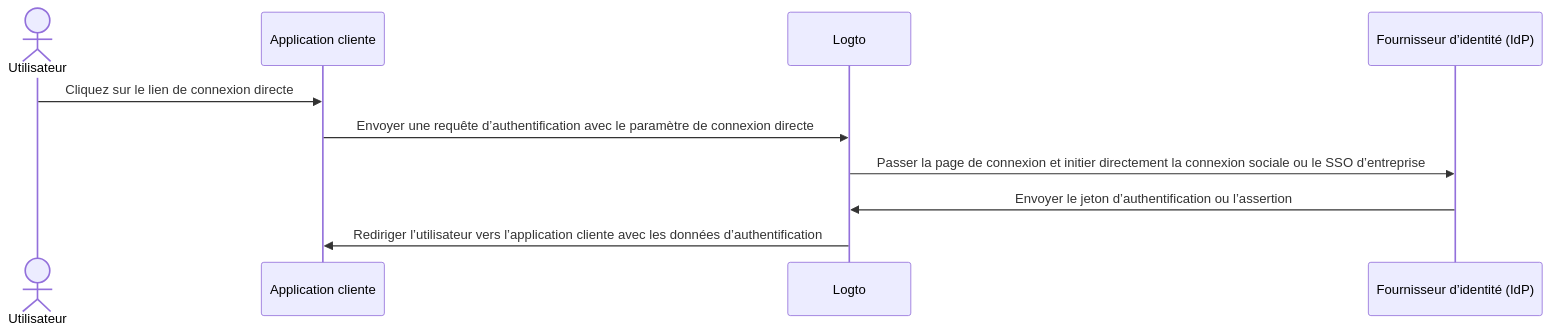
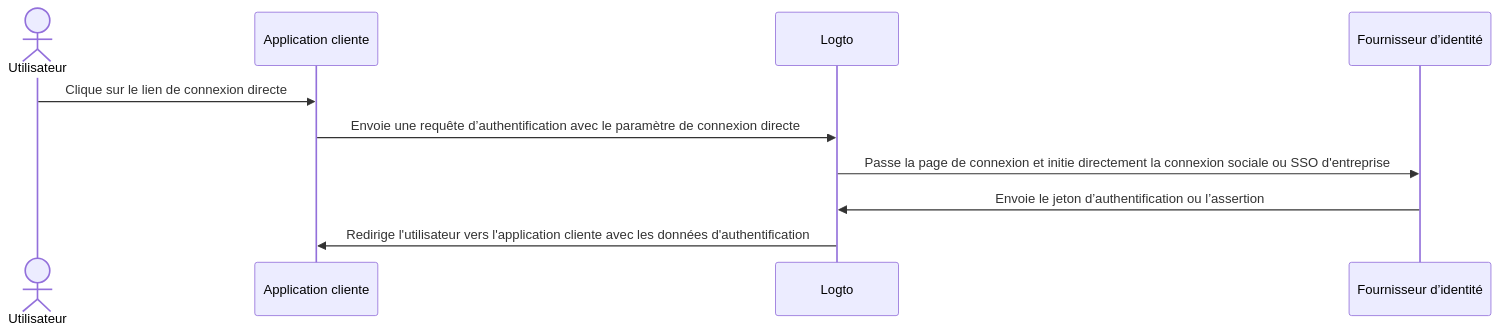
One commit to logto-io/docs changed the diagram in i18n/fr/docusaurus-plugin-content-docs/current/end-user-flows/authentication-parameters/direct-sign-in.mdx. Above: the diagram before and after it, drawn with Mermaid. The commit also changed other lines of this file and 428 other files, not shown here.

````diff
--- a/i18n/fr/docusaurus-plugin-content-docs/current/end-user-flows/authentication-parameters/direct-sign-in.mdx
+++ b/i18n/fr/docusaurus-plugin-content-docs/current/end-user-flows/authentication-parameters/direct-sign-in.mdx
@@ -11,13 +11,13 @@
 ```mermaid
 sequenceDiagram
     actor user as Utilisateur
     participant app as Application cliente
     participant logto as Logto
-    participant idp as Fournisseur d’identité (IdP)
+    participant idp as Fournisseur d’identité
 
-    user->>app: Cliquez sur le lien de connexion directe
-    app->>logto: Envoyer une requête d’authentification avec le paramètre de connexion directe
-    logto->>idp: Passer la page de connexion et initier directement la connexion sociale ou le SSO d’entreprise
-    idp->>logto: Envoyer le jeton d’authentification ou l’assertion
-    logto->>app: Rediriger l’utilisateur vers l’application cliente avec les données d’authentification
+    user->>app: Clique sur le lien de connexion directe
+    app->>logto: Envoie une requête d’authentification avec le paramètre de connexion directe
+    logto->>idp: Passe la page de connexion et initie directement la connexion sociale ou SSO d'entreprise
+    idp->>logto: Envoie le jeton d’authentification ou l’assertion
+    logto->>app: Redirige l'utilisateur vers l'application cliente avec les données d'authentification
 ```
````
